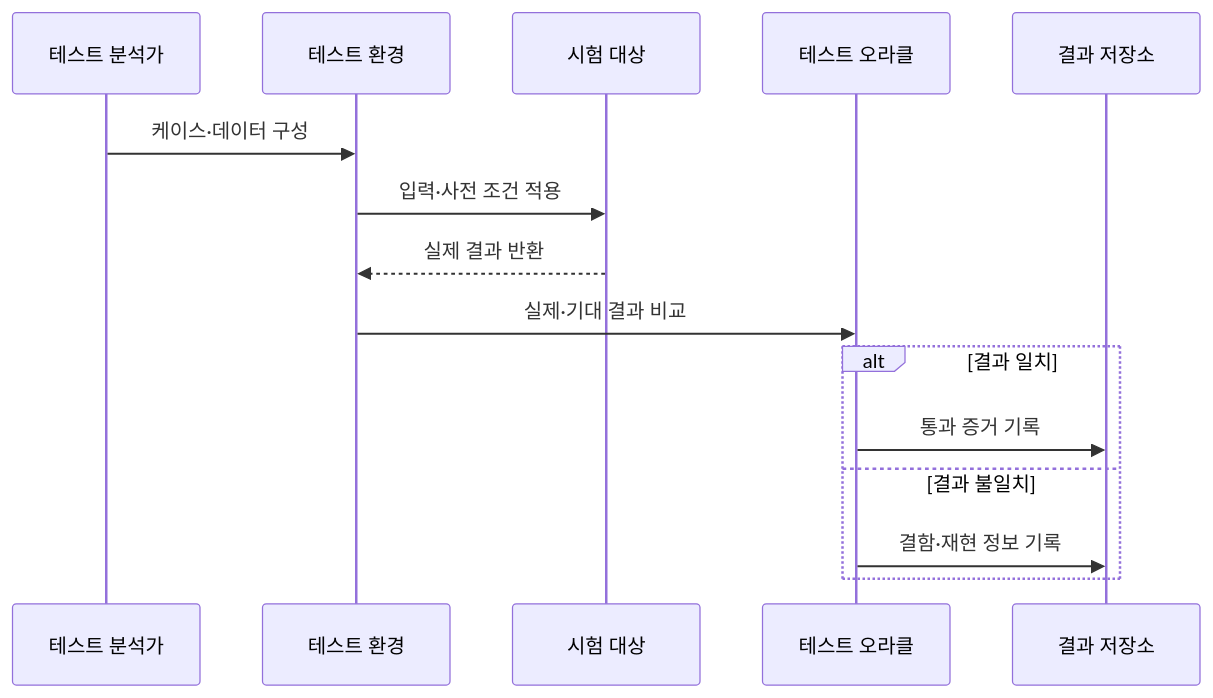
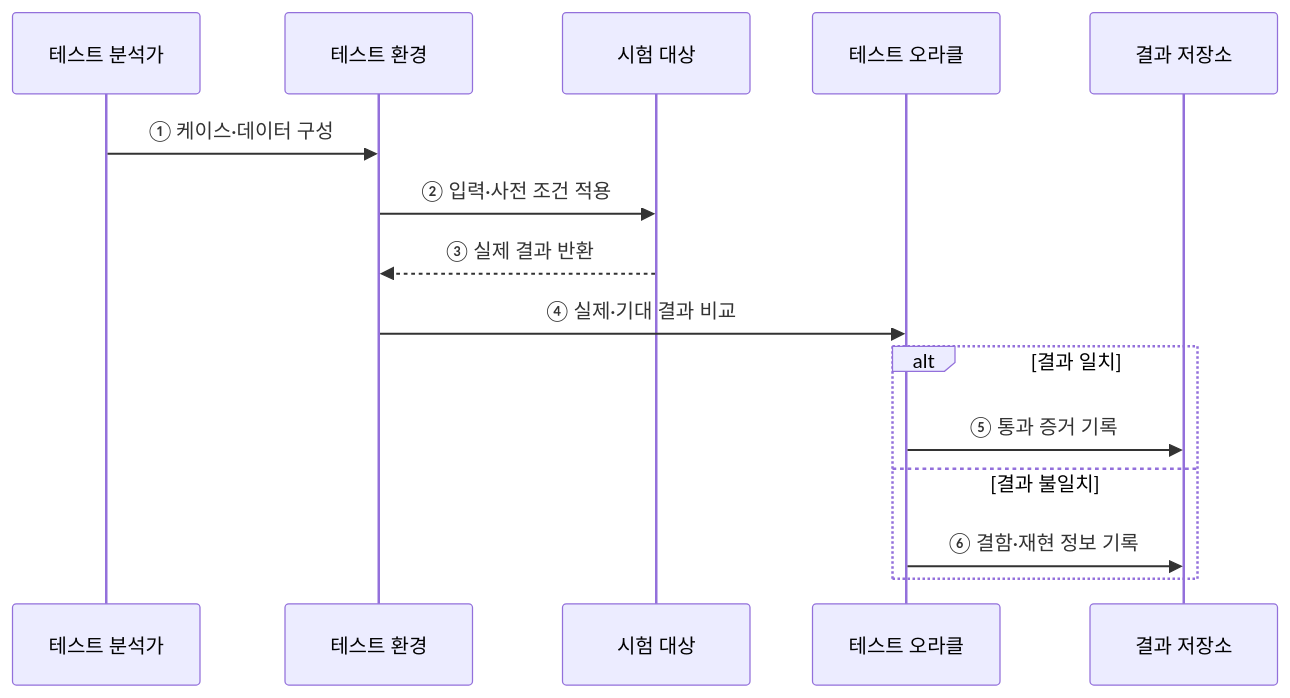
One commit to agnusdei1207/knowledge-base changed the second of 2 diagrams in src/content/docs/notes/03-software/058_software_testing.md. Above: the diagram before and after it, drawn with Mermaid. The commit also changed other lines of this file and 20 other files, not shown here.

````diff
--- a/src/content/docs/notes/03-software/058_software_testing.md
+++ b/src/content/docs/notes/03-software/058_software_testing.md
@@ -80,17 +70,17 @@
 ```mermaid
 sequenceDiagram
     participant A as 테스트 분석가
     participant E as 테스트 환경
     participant S as 시험 대상
     participant O as 테스트 오라클
     participant R as 결과 저장소
-    A->>E: 케이스·데이터 구성
-    E->>S: 입력·사전 조건 적용
-    S-->>E: 실제 결과 반환
-    E->>O: 실제·기대 결과 비교
+    A->>E: ① 케이스·데이터 구성
+    E->>S: ② 입력·사전 조건 적용
+    S-->>E: ③ 실제 결과 반환
+    E->>O: ④ 실제·기대 결과 비교
     alt 결과 일치
-        O->>R: 통과 증거 기록
+        O->>R: ⑤ 통과 증거 기록
     else 결과 불일치
-        O->>R: 결함·재현 정보 기록
+        O->>R: ⑥ 결함·재현 정보 기록
     end
 ```
````
